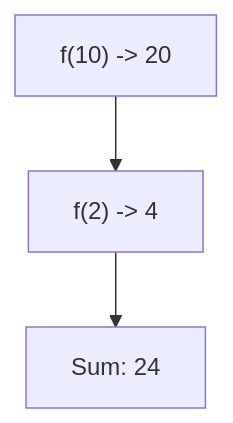
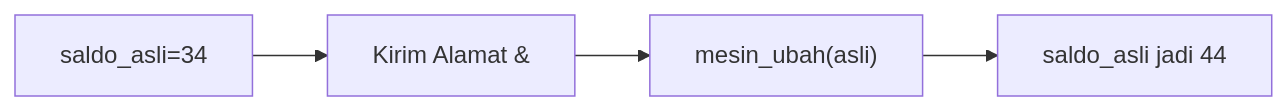
One commit to amnahwaida/OSNK_INF_PREP changed the ninth of 25 diagrams in part-c-pemahaman-cpp/04-fungsi/latihan/set-11.md. Above: the diagram before and after it, drawn with Mermaid. The commit also changed other lines of this file and 71 other files, not shown here.

````diff
--- a/part-c-pemahaman-cpp/04-fungsi/latihan/set-11.md
+++ b/part-c-pemahaman-cpp/04-fungsi/latihan/set-11.md
@@ -236,5 +245,6 @@
 ```mermaid
-graph TD
-A["f(10) -> 20"] --> B["f(2) -> 4"]
-B --> C["Sum: 24"]
+graph LR
+A["saldo_asli=34"] --> B["Kirim Alamat &"]
+B --> C["mesin_ubah(asli)"]
+C --> D["saldo_asli jadi 44"]
 ```
````
